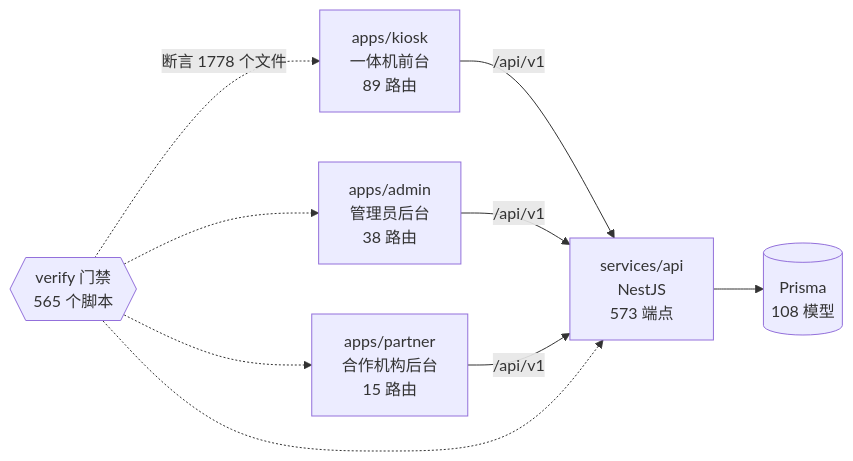
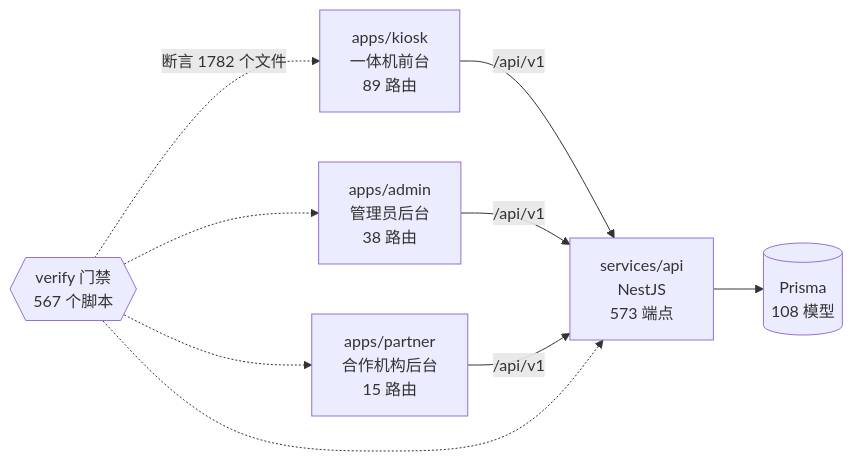
The diagram in docs/graph/README.md (wanglei581/YITIJI), drawn with Mermaid before and after one commit. The commit also changed other lines of this file and 1 other file, not shown here.

Commit message:
chore(graph): #1195 #1190 合入后重生图谱

````diff
--- a/docs/graph/README.md
+++ b/docs/graph/README.md
@@ -68,18 +68,18 @@
 ```mermaid
 flowchart LR
   kiosk["apps/kiosk<br/>一体机前台<br/>89 路由"]
   admin["apps/admin<br/>管理员后台<br/>38 路由"]
   partner["apps/partner<br/>合作机构后台<br/>15 路由"]
   api["services/api<br/>NestJS<br/>573 端点"]
   db[("Prisma<br/>108 模型")]
-  gates{{"verify 门禁<br/>565 个脚本"}}
+  gates{{"verify 门禁<br/>567 个脚本"}}
 
   kiosk -->|"/api/v1"| api
   admin -->|"/api/v1"| api
   partner -->|"/api/v1"| api
   api --> db
-  gates -.->|"断言 1778 个文件"| kiosk
+  gates -.->|"断言 1782 个文件"| kiosk
   gates -.-> admin
   gates -.-> partner
   gates -.-> api
 ```
````
